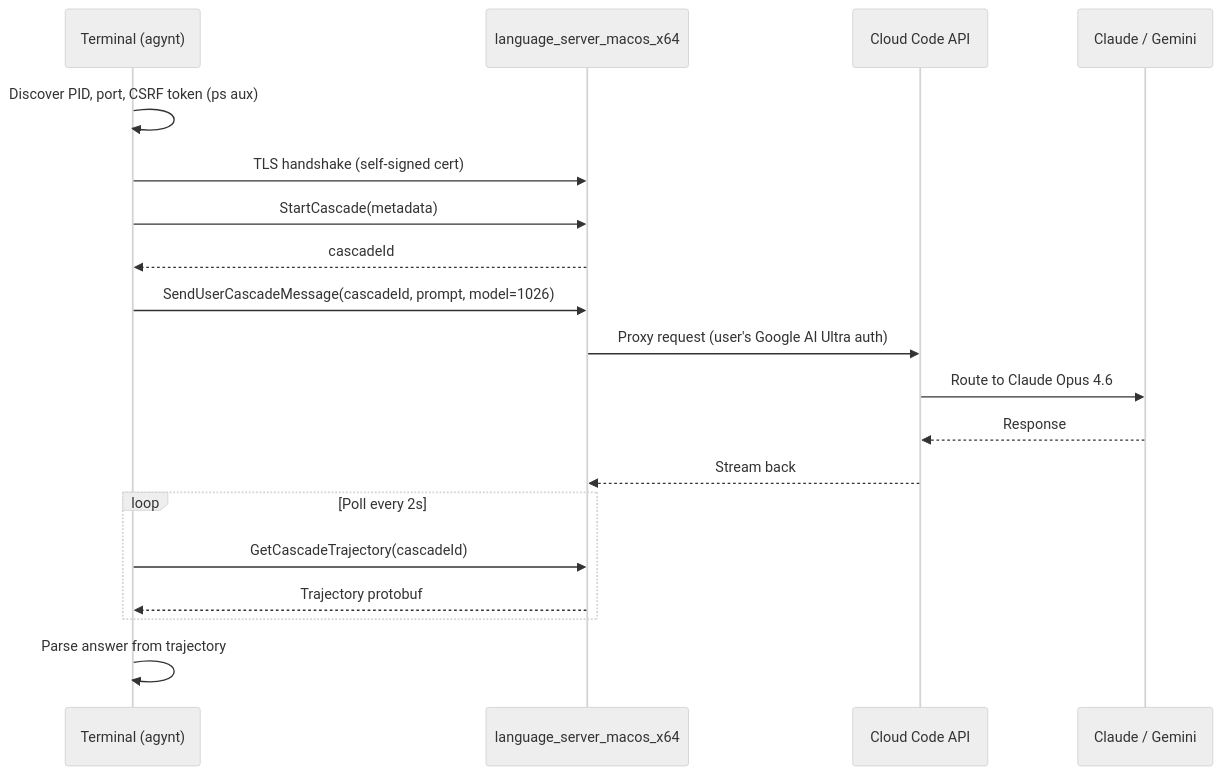
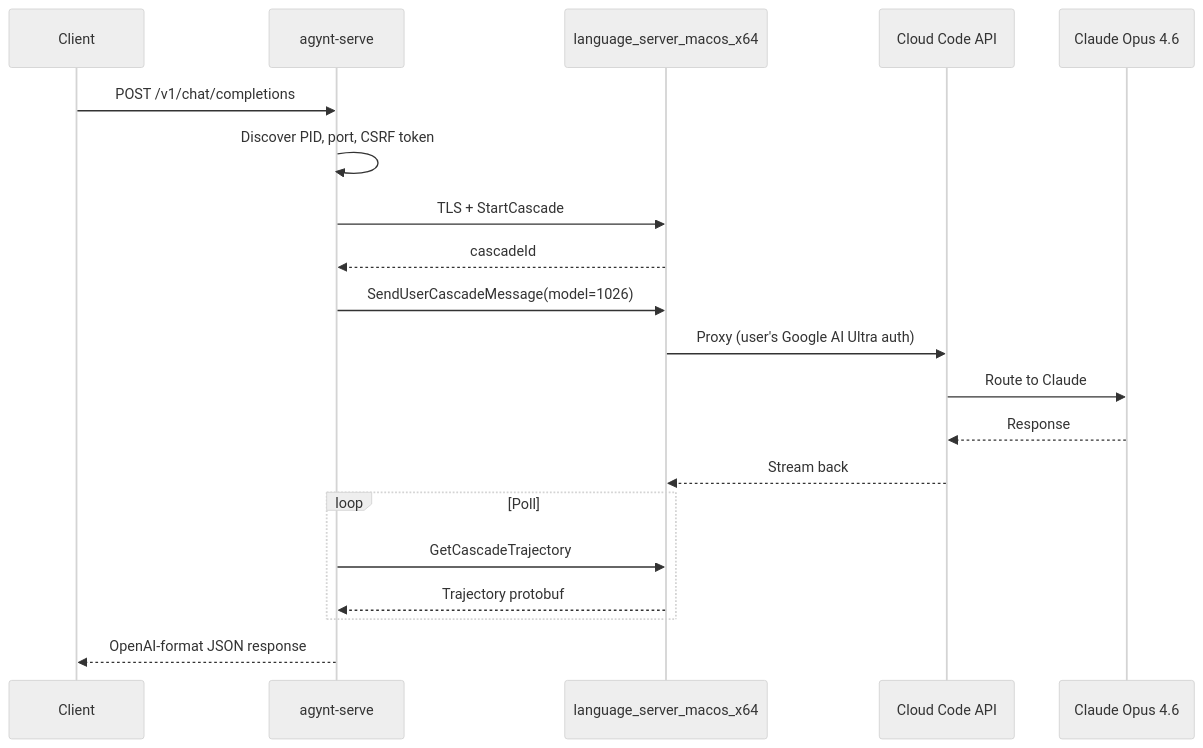
Before and after one commit to bedwards/agynt: the diagram in README.md, drawn with Mermaid (neutral theme). The commit also changed other lines of this file and 4 other files, not shown here.

````diff
--- a/README.md
+++ b/README.md
@@ -43,24 +43,23 @@
 ```mermaid
 sequenceDiagram
-    participant T as Terminal (agynt)
+    participant C as Client
+    participant S as agynt-serve
     participant LS as language_server_macos_x64
     participant CC as Cloud Code API
-    participant LLM as Claude / Gemini
+    participant LLM as Claude Opus 4.6
 
-    T->>T: Discover PID, port, CSRF token (ps aux)
-    T->>LS: TLS handshake (self-signed cert)
-    T->>LS: StartCascade(metadata)
-    LS-->>T: cascadeId
-
-    T->>LS: SendUserCascadeMessage(cascadeId, prompt, model=1026)
-    LS->>CC: Proxy request (user's Google AI Ultra auth)
-    CC->>LLM: Route to Claude Opus 4.6
+    C->>S: POST /v1/chat/completions
+    S->>S: Discover PID, port, CSRF token
+    S->>LS: TLS + StartCascade
+    LS-->>S: cascadeId
+    S->>LS: SendUserCascadeMessage(model=1026)
+    LS->>CC: Proxy (user's Google AI Ultra auth)
+    CC->>LLM: Route to Claude
     LLM-->>CC: Response
     CC-->>LS: Stream back
-
-    loop Poll every 2s
-        T->>LS: GetCascadeTrajectory(cascadeId)
-        LS-->>T: Trajectory protobuf
+    loop Poll
+        S->>LS: GetCascadeTrajectory
+        LS-->>S: Trajectory protobuf
     end
-    T->>T: Parse answer from trajectory
+    S-->>C: OpenAI-format JSON response
 ```
````
